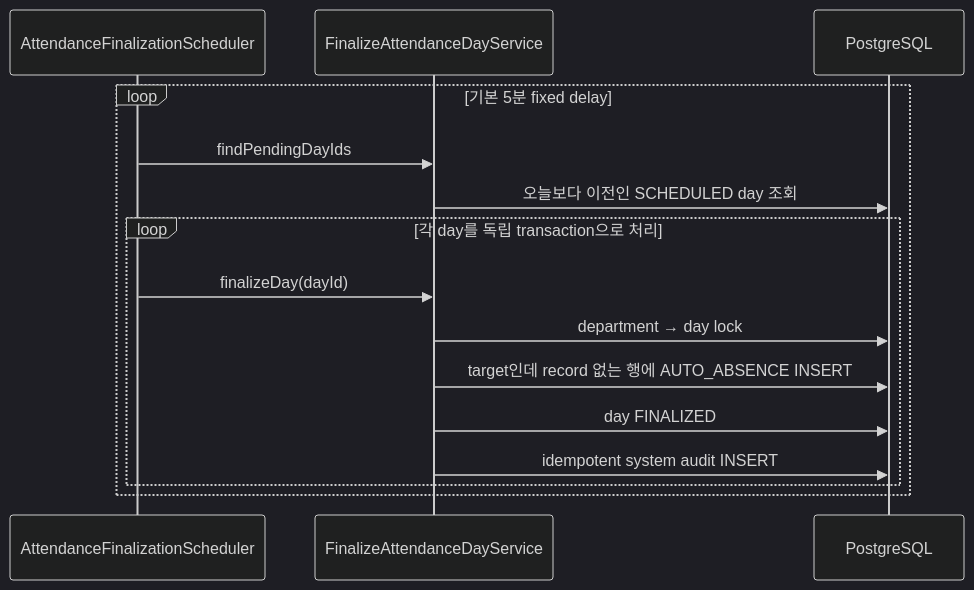
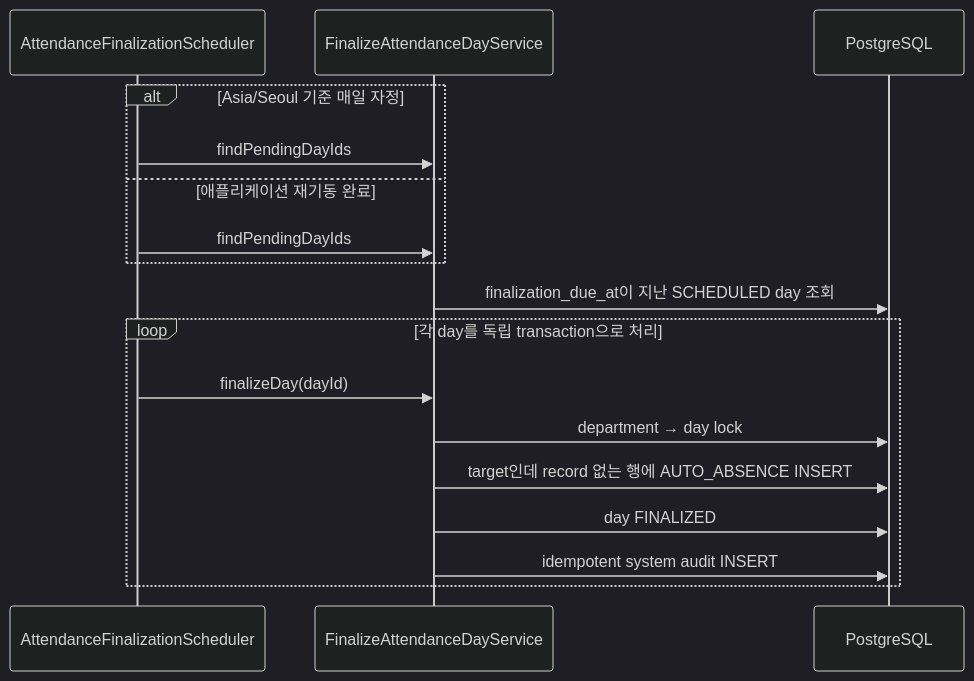
Diagram 21 of 25 in docs/CURRENT_CODE_STUDY_GUIDE.md (jinhokingofworld/attend), drawn with Mermaid (dark theme) before and after one commit. The commit also changed 8 other files, not shown here.

````diff
--- a/docs/CURRENT_CODE_STUDY_GUIDE.md
+++ b/docs/CURRENT_CODE_STUDY_GUIDE.md
@@ -740,18 +740,20 @@
 ```mermaid
 sequenceDiagram
     participant Scheduler as AttendanceFinalizationScheduler
     participant Service as FinalizeAttendanceDayService
     participant DB as PostgreSQL
 
-    loop 기본 5분 fixed delay
+    alt Asia/Seoul 기준 매일 자정
         Scheduler->>Service: findPendingDayIds
-        Service->>DB: 오늘보다 이전인 SCHEDULED day 조회
-        loop 각 day를 독립 transaction으로 처리
-            Scheduler->>Service: finalizeDay(dayId)
-            Service->>DB: department → day lock
-            Service->>DB: target인데 record 없는 행에 AUTO_ABSENCE INSERT
-            Service->>DB: day FINALIZED
-            Service->>DB: idempotent system audit INSERT
-        end
+    else 애플리케이션 재기동 완료
+        Scheduler->>Service: findPendingDayIds
+    end
+    Service->>DB: finalization_due_at이 지난 SCHEDULED day 조회
+    loop 각 day를 독립 transaction으로 처리
+        Scheduler->>Service: finalizeDay(dayId)
+        Service->>DB: department → day lock
+        Service->>DB: target인데 record 없는 행에 AUTO_ABSENCE INSERT
+        Service->>DB: day FINALIZED
+        Service->>DB: idempotent system audit INSERT
     end
 ```
````
